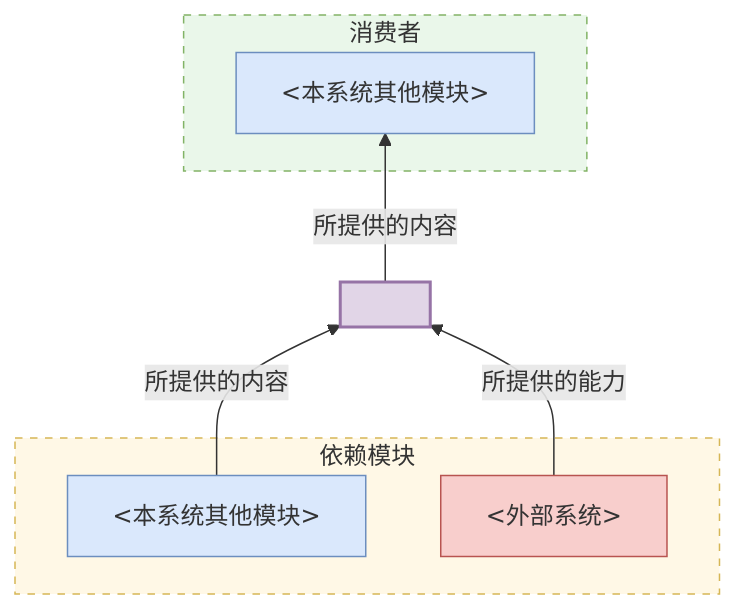
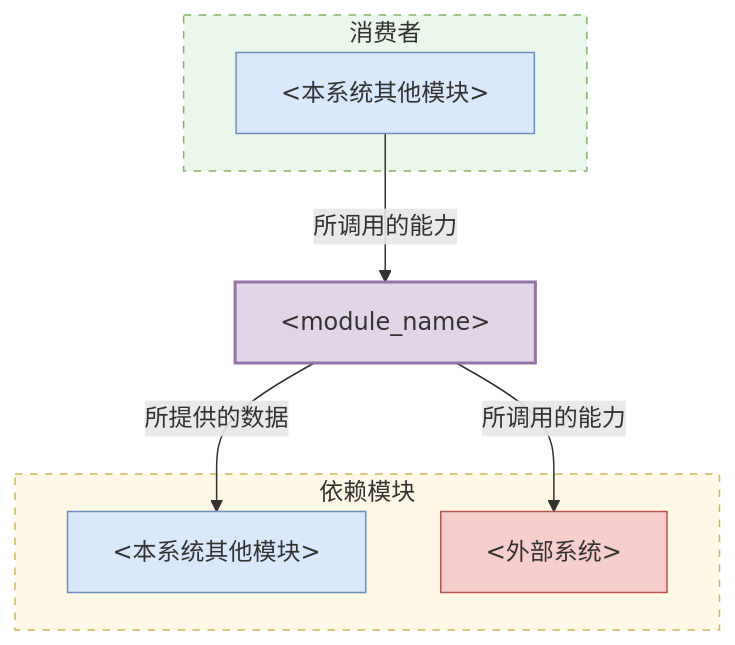
The second of 2 diagrams in system-prompt/agent-factory/design-reference.md (JoeyAssistant/skill-repo), drawn with Mermaid before and after one commit. The commit also changed other lines of this file, not shown here.

First line of the commit message:
refactor(design-reference): §3.1 依赖关系图规格分条化，方向 BT→TD

````diff
--- a/system-prompt/agent-factory/design-reference.md
+++ b/system-prompt/agent-factory/design-reference.md
@@ -233,28 +249,28 @@
     ```mermaid
-    graph BT
+    graph TD
         subgraph Consumers["消费者"]
-            PeerConsumer["<本系统其他模块>"]
+            PeerConsumer["&lt;本系统其他模块&gt;"]
         end
 
-        Module["<module_name>"]
+        Module["&lt;module_name&gt;"]
 
         subgraph Dependencies["依赖模块"]
-            PeerDep["<本系统其他模块>"]
-            Ext["<外部系统>"]
+            PeerDep["&lt;本系统其他模块&gt;"]
+            Ext["&lt;外部系统&gt;"]
         end
 
-        PeerDep -->|所提供的内容| Module
-        Ext -->|所提供的能力| Module
-        Module -->|所提供的内容| PeerConsumer
+        PeerConsumer -->|所调用的能力| Module
+        Module -->|所提供的数据| PeerDep
+        Module -->|所调用的能力| Ext
 
         classDef module fill:#e1d5e7,stroke:#9673a6,stroke-width:2px
         classDef peer fill:#dae8fc,stroke:#6c8ebf
         classDef external fill:#f8cecc,stroke:#b85450
 
         class Module module
         class PeerConsumer,PeerDep peer
         class Ext external
 
         style Consumers fill:#eaf7ea,stroke:#82b366,stroke-dasharray:5 5
         style Dependencies fill:#fff8e6,stroke:#d6b656,stroke-dasharray:5 5
     ```
````
